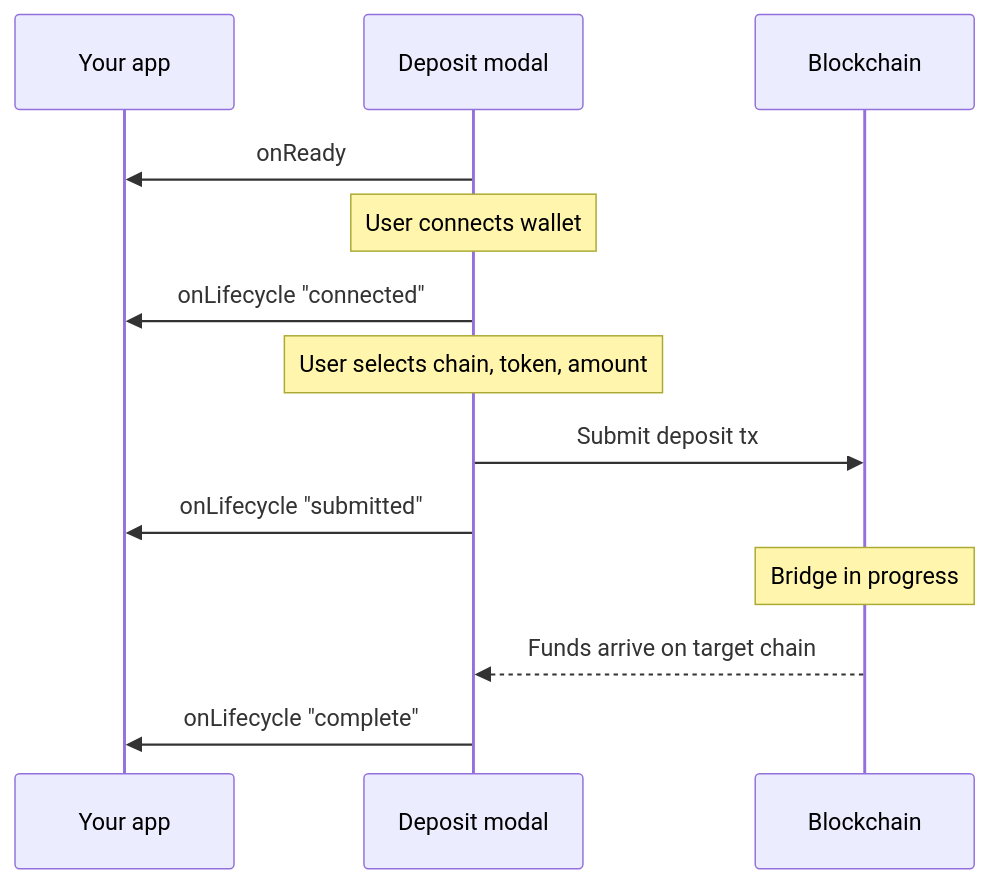
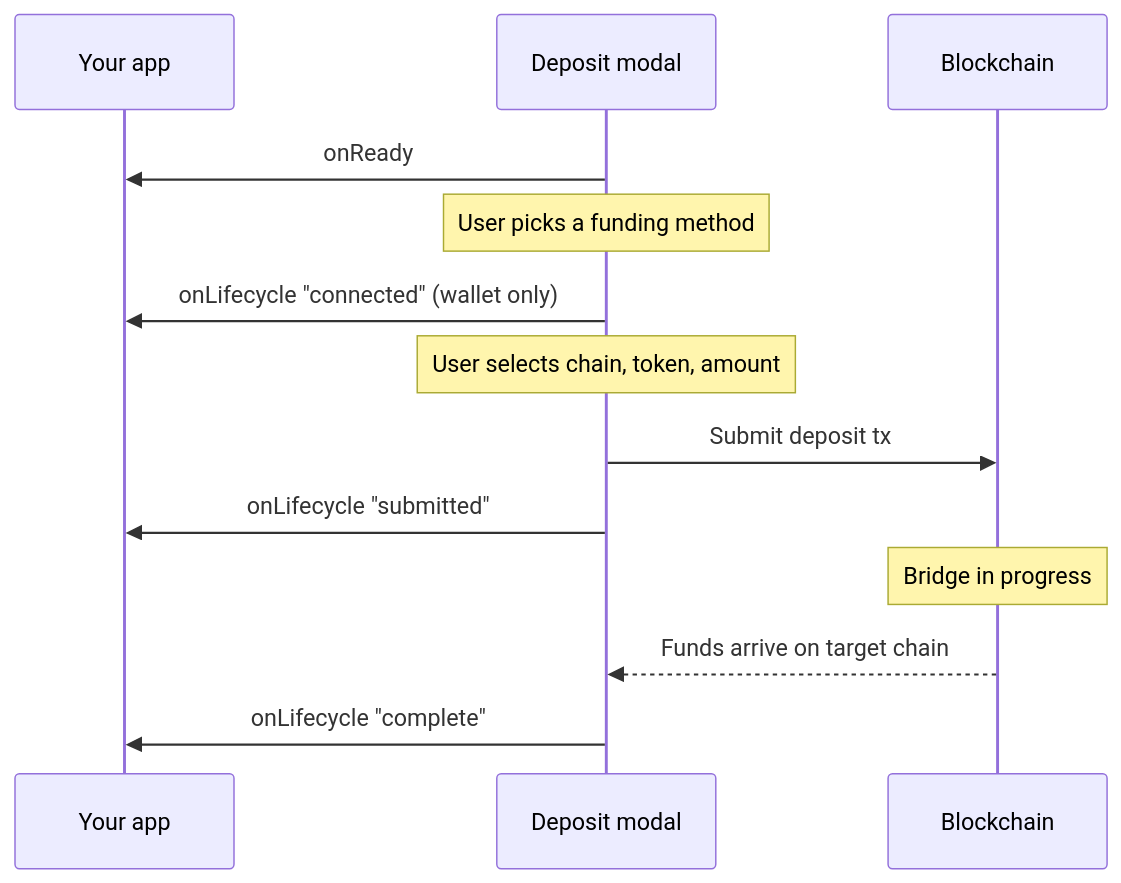
One commit to rhinestonewtf/docs changed the diagram in deposits/widget/status-tracking.mdx. Above: the diagram before and after it, drawn with Mermaid. The commit also changed other lines of this file and 11 other files, not shown here.

````diff
--- a/deposits/widget/status-tracking.mdx
+++ b/deposits/widget/status-tracking.mdx
@@ -12,16 +12,16 @@
 ```mermaid actions={false}
 sequenceDiagram
     participant App as Your app
     participant Modal as Deposit modal
     participant Chain as Blockchain
 
     Modal->>App: onReady
-    Note over Modal: User connects wallet
-    Modal->>App: onLifecycle "connected"
+    Note over Modal: User picks a funding method
+    Modal->>App: onLifecycle "connected" (wallet only)
     Note over Modal: User selects chain, token, amount
     Modal->>Chain: Submit deposit tx
     Modal->>App: onLifecycle "submitted"
     Note over Chain: Bridge in progress
     Chain-->>Modal: Funds arrive on target chain
     Modal->>App: onLifecycle "complete"
 ```
````
